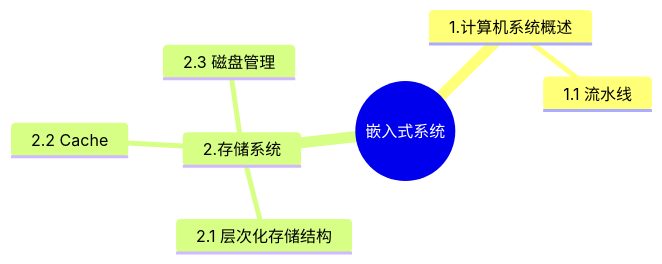
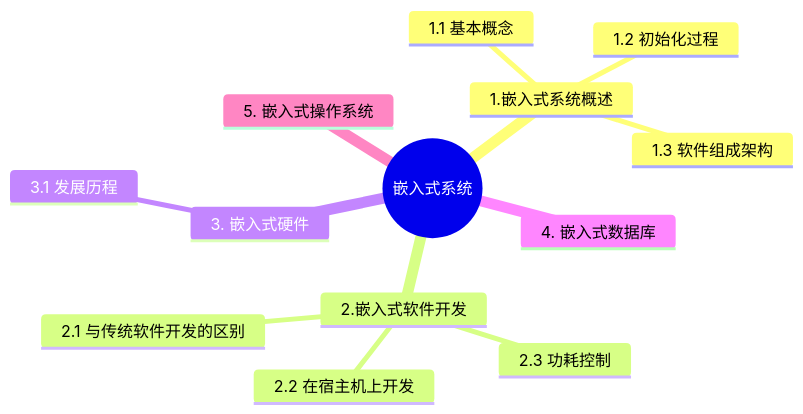
The diagram in content/RuanKao/notes/Embedded_System.md (AaronYang0628/docs), drawn with Mermaid before and after one commit. The commit also changed other lines of this file and 13 other files, not shown here.

````diff
--- a/content/RuanKao/notes/Embedded_System.md
+++ b/content/RuanKao/notes/Embedded_System.md
@@ -7,10 +7,16 @@
 ```mermaid
 mindmap
   root((嵌入式系统))
-    1.计算机系统概述
-        1.1 流水线
-    2.存储系统
-        2.1 层次化存储结构
-        2.2 Cache
-        2.3 磁盘管理
+    1.嵌入式系统概述
+        1.1 基本概念
+        1.2 初始化过程
+        1.3 软件组成架构
+    2.嵌入式软件开发
+        2.1 与传统软件开发的区别
+        2.2 在宿主机上开发
+        2.3 功耗控制
+    3. 嵌入式硬件
+      3.1 发展历程
+    4. 嵌入式数据库
+    5. 嵌入式操作系统
 ```
````
